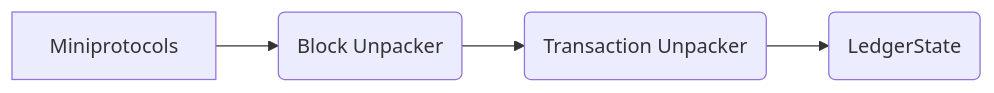
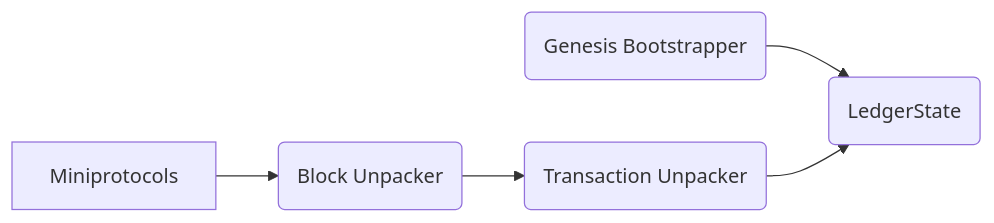
One commit to input-output-hk/acropolis changed the second of 2 diagrams in README.md. Above: the diagram before and after it, drawn with Mermaid. The commit also changed other lines of this file and 1 other file, not shown here.

Commit message:
Add genesis_bootstrapper to READMEs

````diff
--- a/README.md
+++ b/README.md
@@ -54,12 +56,14 @@
 ```mermaid
 graph LR
 
    Miniprotocols
+   GenesisBootstrapper(Genesis Bootstrapper)
    BlockUnpacker(Block Unpacker)
    TxUnpacker(Transaction Unpacker)
    LedgerState(LedgerState)
 
    Miniprotocols --> BlockUnpacker
    BlockUnpacker --> TxUnpacker
+   GenesisBootstrapper --> LedgerState
    TxUnpacker --> LedgerState
 ```
````
